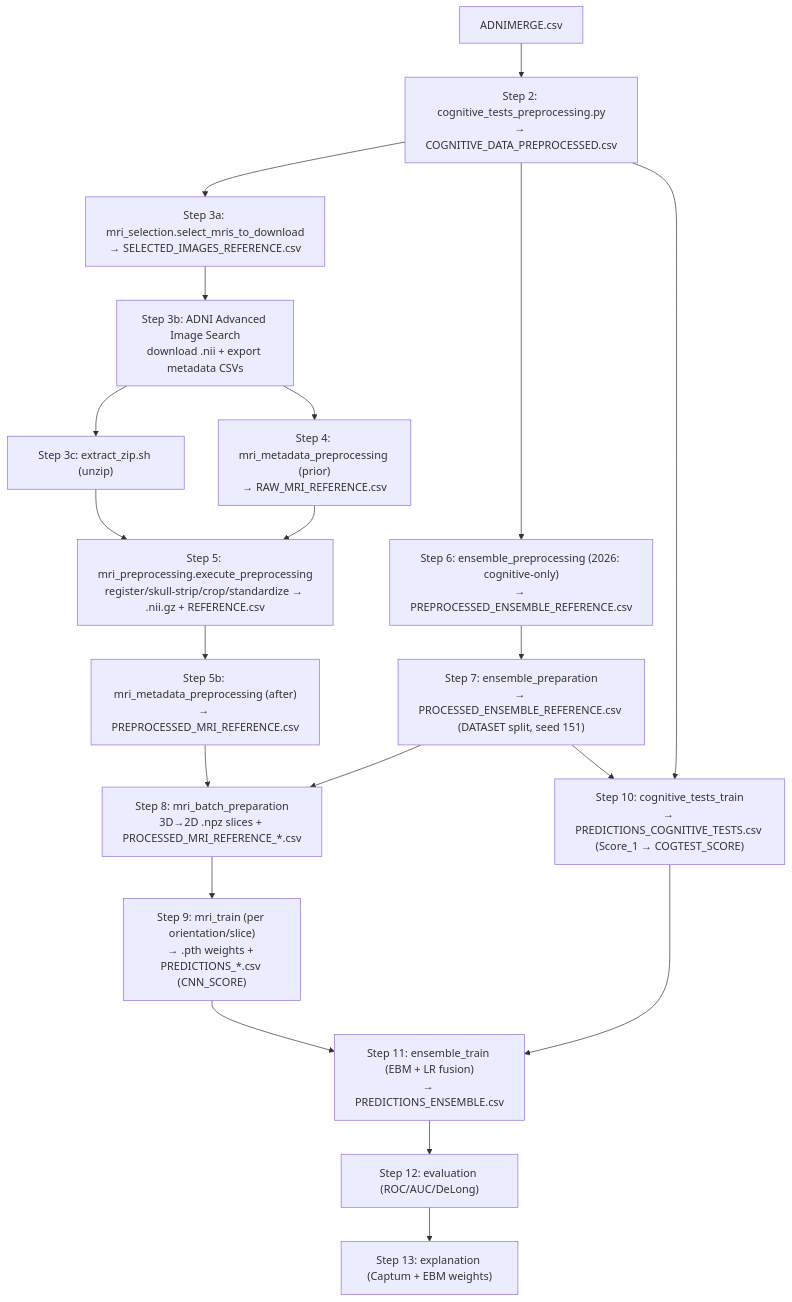
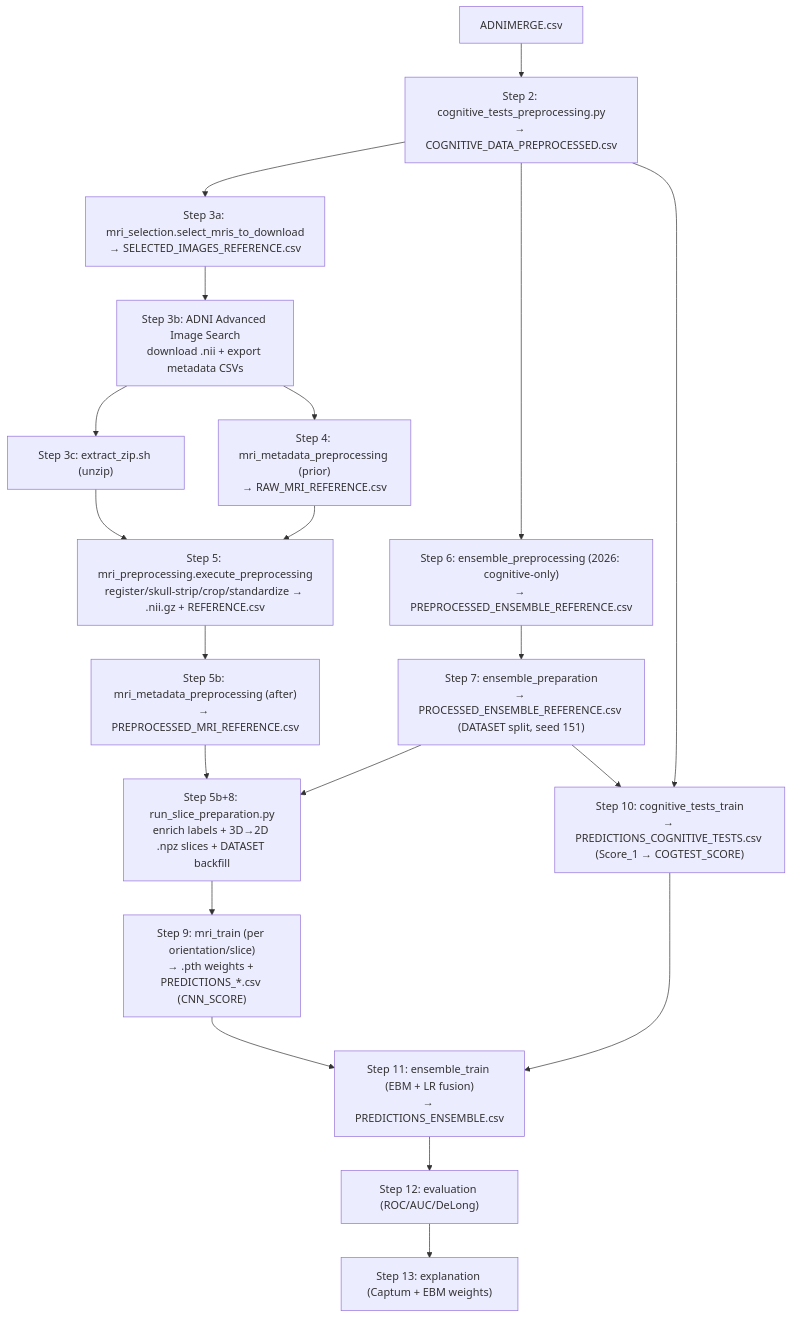
Before and after one commit to lucasthim/mmml-alzheimer-diagnosis: the diagram in docs/experiments/running-experiments.md, drawn with Mermaid. The commit also changed other lines of this file and 9 other files, not shown here.

````diff
--- a/docs/experiments/running-experiments.md
+++ b/docs/experiments/running-experiments.md
@@ -16,22 +16,22 @@
 ```mermaid
 flowchart TD
     A[ADNIMERGE.csv] --> B["Step 2: cognitive_tests_preprocessing.py<br/>→ COGNITIVE_DATA_PREPROCESSED.csv"]
     B --> C["Step 3a: mri_selection.select_mris_to_download<br/>→ SELECTED_IMAGES_REFERENCE.csv"]
     C --> D["Step 3b: ADNI Advanced Image Search<br/>download .nii + export metadata CSVs"]
     D --> E["Step 3c: extract_zip.sh (unzip)"]
     D --> F["Step 4: mri_metadata_preprocessing (prior)<br/>→ RAW_MRI_REFERENCE.csv"]
     E --> G["Step 5: mri_preprocessing.execute_preprocessing<br/>register/skull-strip/crop/standardize → .nii.gz + REFERENCE.csv"]
     F --> G
     G --> H["Step 5b: mri_metadata_preprocessing (after)<br/>→ PREPROCESSED_MRI_REFERENCE.csv"]
     B --> I["Step 6: ensemble_preprocessing (2026: cognitive-only)<br/>→ PREPROCESSED_ENSEMBLE_REFERENCE.csv"]
     I --> J["Step 7: ensemble_preparation<br/>→ PROCESSED_ENSEMBLE_REFERENCE.csv (DATASET split, seed 151)"]
-    H --> K["Step 8: mri_batch_preparation<br/>3D→2D .npz slices + PROCESSED_MRI_REFERENCE_*.csv"]
+    H --> K["Step 5b+8: run_slice_preparation.py<br/>enrich labels + 3D→2D .npz slices + DATASET backfill"]
     J --> K
     K --> L["Step 9: mri_train (per orientation/slice)<br/>→ .pth weights + PREDICTIONS_*.csv (CNN_SCORE)"]
     J --> M["Step 10: cognitive_tests_train<br/>→ PREDICTIONS_COGNITIVE_TESTS.csv (Score_1 → COGTEST_SCORE)"]
     B --> M
     L --> N["Step 11: ensemble_train (EBM + LR fusion)<br/>→ PREDICTIONS_ENSEMBLE.csv"]
     M --> N
     N --> O["Step 12: evaluation (ROC/AUC/DeLong)"]
     O --> P["Step 13: explanation (Captum + EBM weights)"]
 ```
````
